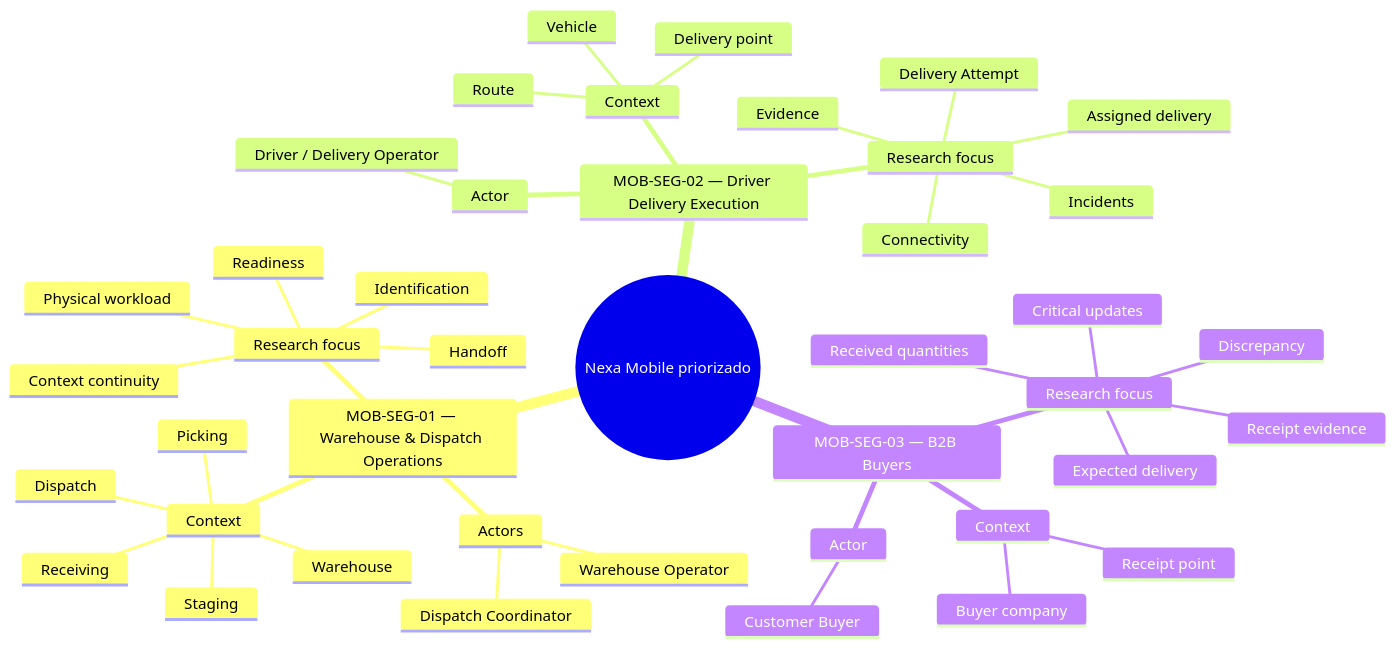
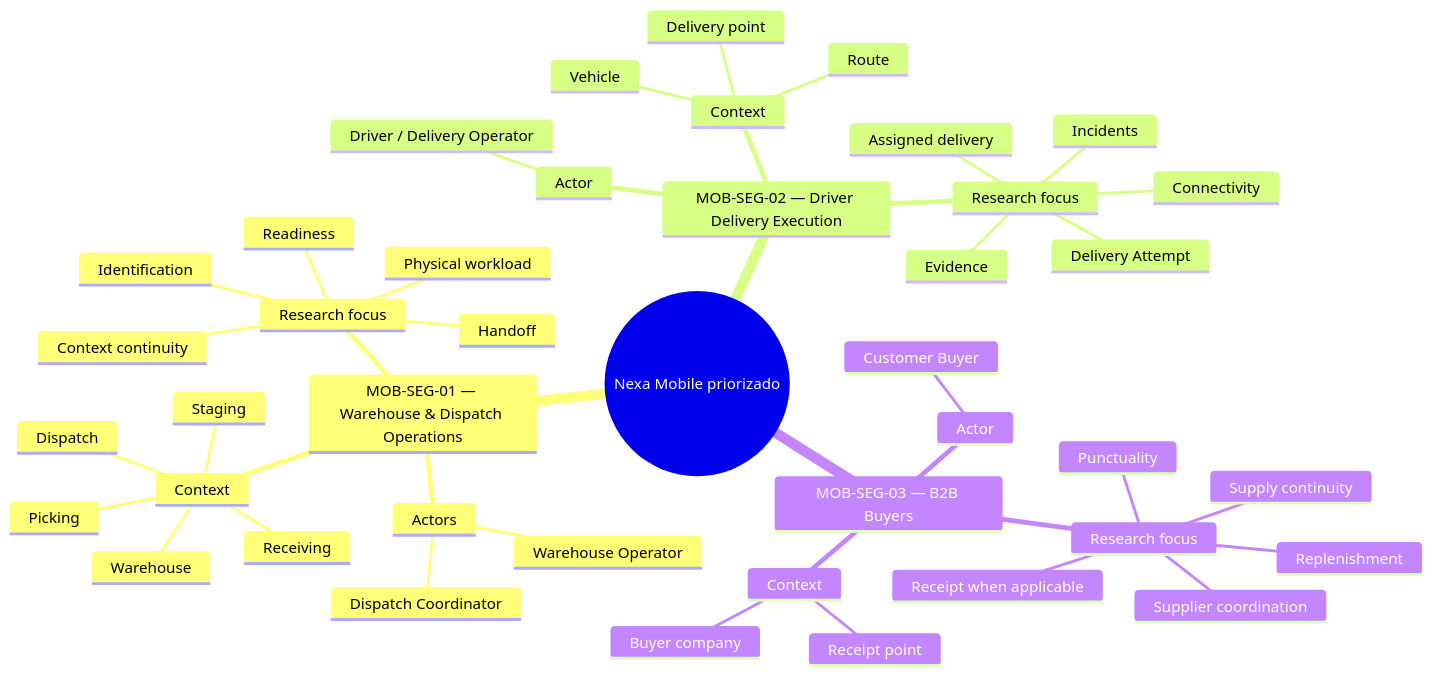
Before and after one commit to nexa-suite/mobile-report: the second of 3 diagrams in report/01-presentation/1.3-target-segments.md, drawn with Mermaid. The commit also changed other lines of this file, not shown here.

````diff
--- a/report/01-presentation/1.3-target-segments.md
+++ b/report/01-presentation/1.3-target-segments.md
@@ -160,47 +160,47 @@
 ```mermaid
 mindmap
   root((Nexa Mobile priorizado))
     MOB-SEG-01 — Warehouse & Dispatch Operations
       Actors
         Warehouse Operator
         Dispatch Coordinator
       Context
         Receiving
         Warehouse
         Picking
         Staging
         Dispatch
       Research focus
         Context continuity
         Identification
         Readiness
         Handoff
         Physical workload
 
     MOB-SEG-02 — Driver Delivery Execution
       Actor
         Driver / Delivery Operator
       Context
         Vehicle
         Route
         Delivery point
       Research focus
         Assigned delivery
         Delivery Attempt
         Incidents
         Evidence
         Connectivity
 
     MOB-SEG-03 — B2B Buyers
       Actor
         Customer Buyer
       Context
         Buyer company
         Receipt point
       Research focus
-        Expected delivery
-        Received quantities
-        Discrepancy
-        Receipt evidence
-        Critical updates
+        Replenishment
+        Supply continuity
+        Supplier coordination
+        Punctuality
+        Receipt when applicable
 ```
````
